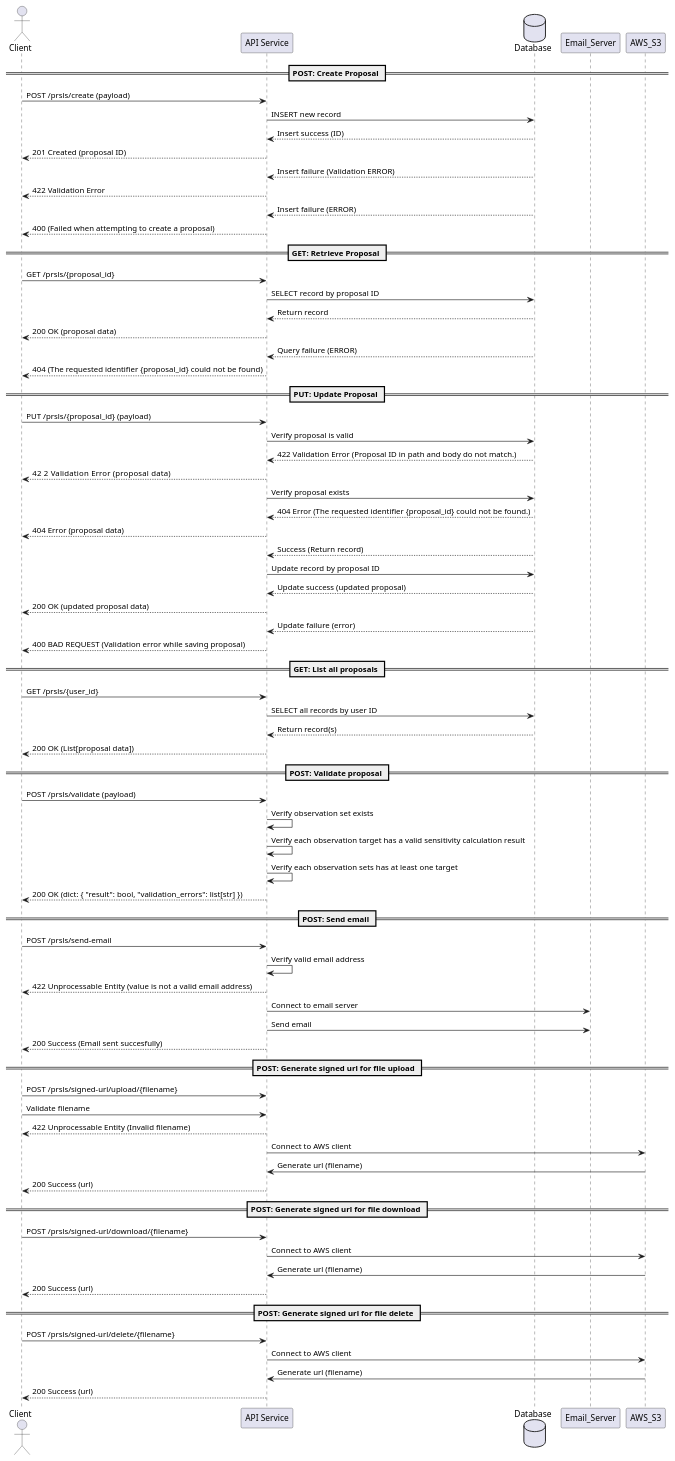
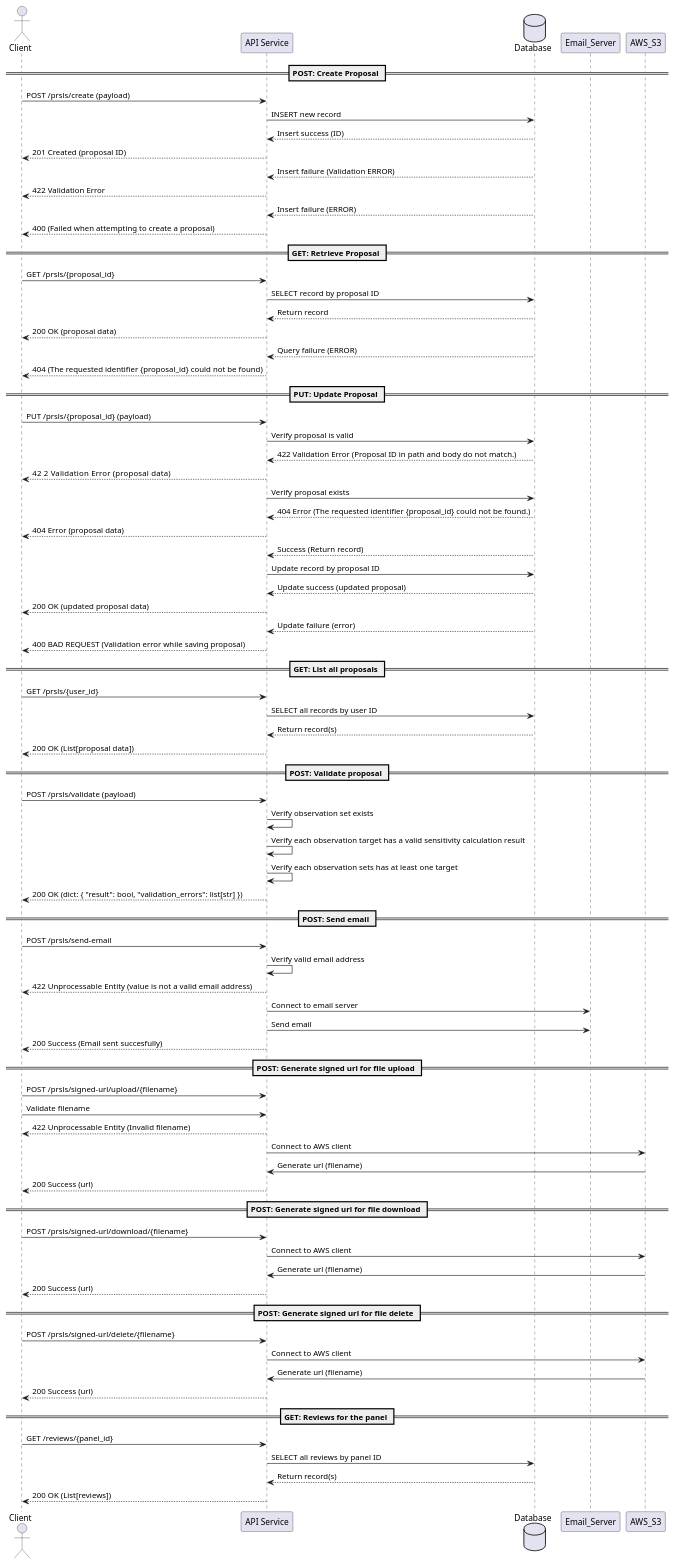
One commit to ska-telescope/ska-oso-services changed the diagram in docs/src/internal/diagrams/ppt_endpoints.puml. Above: the diagram before and after it, drawn with PlantUML. The commit also changed 1 other file, not shown here.

```diff
--- a/docs/src/internal/diagrams/ppt_endpoints.puml
+++ b/docs/src/internal/diagrams/ppt_endpoints.puml
@@ -1,70 +1,75 @@
 @startuml
 actor Client
 participant "API Service" as Service
 database "Database" as DB
 == POST: Create Proposal ==
 Client -> Service: POST /prsls/create (payload)
 Service -> DB: INSERT new record
 DB --> Service: Insert success (ID)
 Service --> Client: 201 Created (proposal ID)
 DB --> Service: Insert failure (Validation ERROR)
 Service --> Client: 422 Validation Error
 DB --> Service: Insert failure (ERROR)
 Service --> Client: 400 (Failed when attempting to create a proposal)
 == GET: Retrieve Proposal ==
 Client -> Service: GET /prsls/{proposal_id}
 Service -> DB: SELECT record by proposal ID
 DB --> Service: Return record
 Service --> Client: 200 OK (proposal data)
 DB --> Service: Query failure (ERROR)
 Service --> Client: 404 (The requested identifier {proposal_id} could not be found) 
 == PUT: Update Proposal ==
 Client -> Service: PUT /prsls/{proposal_id} (payload)
 Service -> DB: Verify proposal is valid 
 DB --> Service: 422 Validation Error (Proposal ID in path and body do not match.)
 Service --> Client: 42    2 Validation Error (proposal data)
 Service -> DB: Verify proposal exists 
 DB --> Service: 404 Error (The requested identifier {proposal_id} could not be found.)
 Service --> Client: 404 Error (proposal data)
 DB --> Service: Success (Return record)
 Service -> DB: Update record by proposal ID
 DB --> Service: Update success (updated proposal)
 Service --> Client: 200 OK (updated proposal data)
 DB --> Service: Update failure (error)
 Service --> Client: 400 BAD REQUEST (Validation error while saving proposal)
 == GET: List all proposals ==
 Client -> Service: GET /prsls/{user_id}
 Service -> DB: SELECT all records by user ID
 DB --> Service: Return record(s)
 Service --> Client: 200 OK (List[proposal data])
 == POST: Validate proposal ==
 Client -> Service: POST /prsls/validate (payload)
 Service -> Service: Verify observation set exists
 Service -> Service: Verify each observation target has a valid sensitivity calculation result
 Service -> Service: Verify each observation sets has at least one target
 Service --> Client: 200 OK (dict: { "result": bool, "validation_errors": list[str] })
 == POST: Send email ==
 Client -> Service: POST /prsls/send-email
 Service -> Service: Verify valid email address
 Service --> Client: 422 Unprocessable Entity (value is not a valid email address)
 Service -> Email_Server: Connect to email server
 Service -> Email_Server: Send email
 Service --> Client: 200 Success (Email sent succesfully)
 == POST: Generate signed url for file upload ==
 Client -> Service: POST /prsls/signed-url/upload/{filename}
 Client -> Service: Validate filename
 Service --> Client: 422 Unprocessable Entity (Invalid filename)
 Service -> AWS_S3: Connect to AWS client
 AWS_S3 -> Service: Generate url (filename)
 Service --> Client: 200 Success (url)
 == POST: Generate signed url for file download ==
 Client -> Service: POST /prsls/signed-url/download/{filename}
 Service -> AWS_S3: Connect to AWS client
 AWS_S3 -> Service: Generate url (filename)
 Service --> Client: 200 Success (url)
 == POST: Generate signed url for file delete ==
 Client -> Service: POST /prsls/signed-url/delete/{filename}
 Service -> AWS_S3: Connect to AWS client
 AWS_S3 -> Service: Generate url (filename)
 Service --> Client: 200 Success (url)
+== GET: Reviews for the panel ==
+Client -> Service: GET /reviews/{panel_id}
+Service -> DB: SELECT all reviews by panel ID
+DB --> Service: Return record(s)
+Service --> Client: 200 OK (List[reviews])
 @enduml
```
